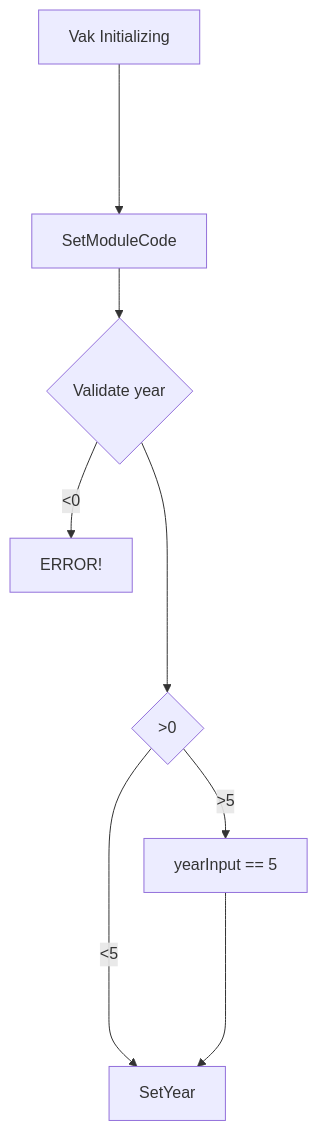
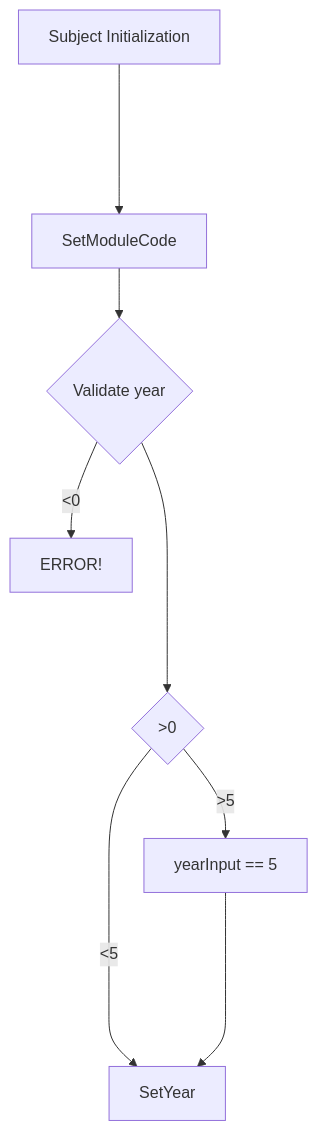
The first of 2 diagrams in SchoolSystem/README.md (RockFreakRickerd/SameCodeDifferentLanguagues), drawn with Mermaid before and after one commit. The commit also changed other lines of this file, not shown here.

````diff
--- a/SchoolSystem/README.md
+++ b/SchoolSystem/README.md
@@ -9,9 +15,9 @@
 ```mermaid
 flowchart TD
-  A[Vak Initializing] ----> B[SetModuleCode] --> C{Validate year};
+  A[Subject Initialization] ----> B[SetModuleCode] --> C{Validate year};
   C -- <0 --> D[ERROR!];
   C ----> E{>0}
   E -- >5 --> F[yearInput == 5];
   E -- <5 --> G[SetYear]
   F ----> G[SetYear]
 ```
````
